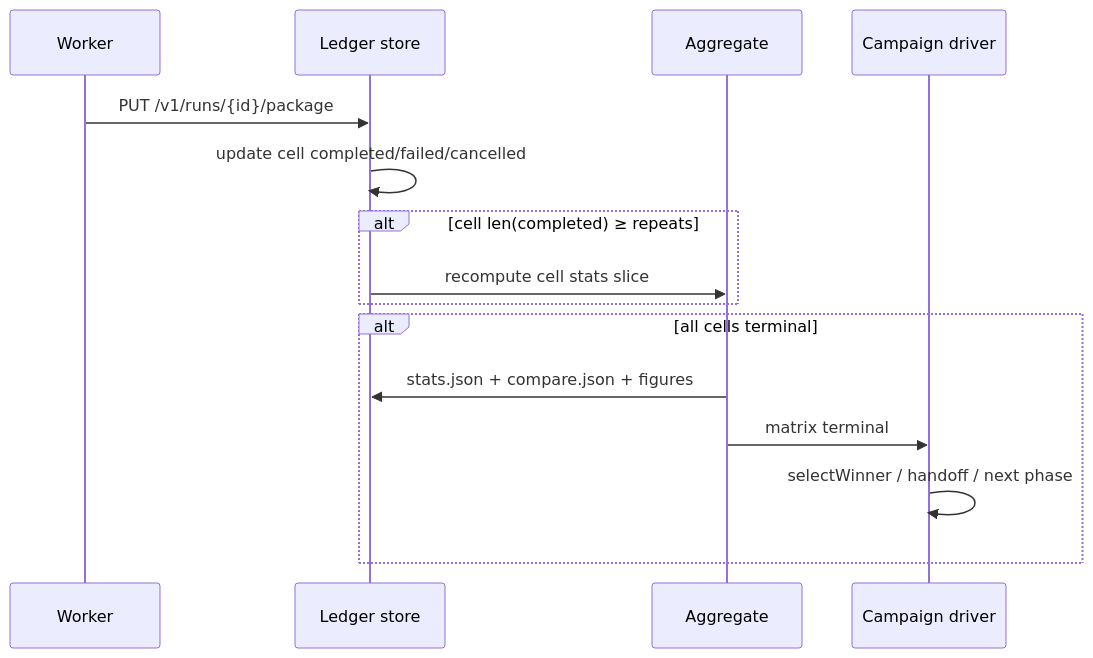
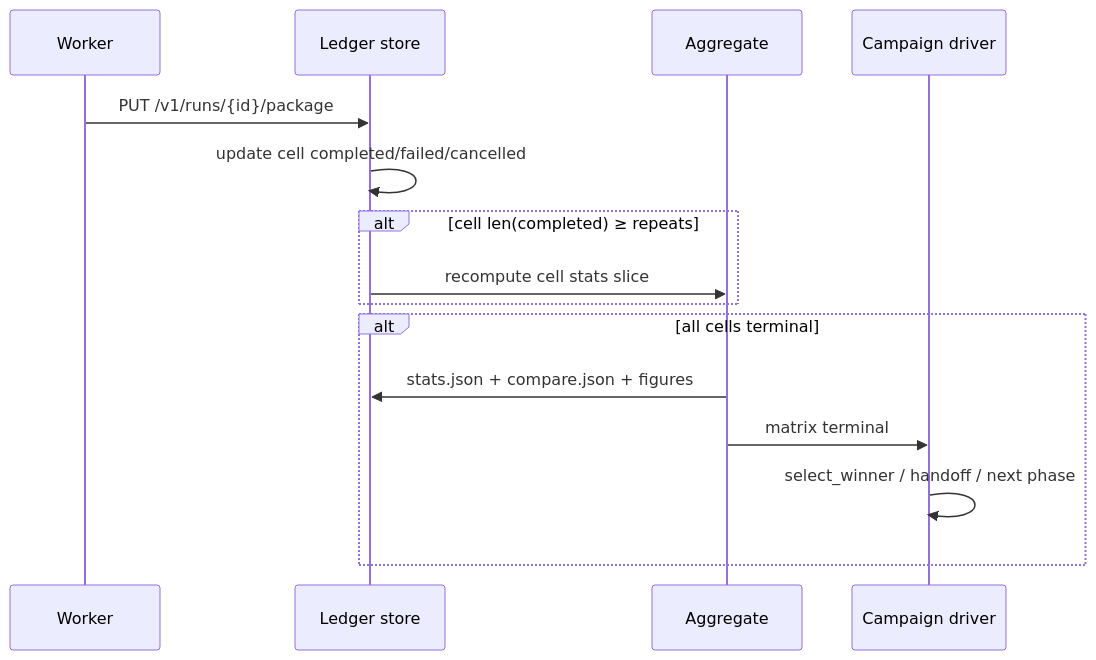
One commit to Dev-DanielR/bench-run changed the third of 3 diagrams in docs/ledger.md. Above: the diagram before and after it, drawn with Mermaid. The commit also changed other lines of this file and 68 other files, not shown here.

````diff
--- a/docs/ledger.md
+++ b/docs/ledger.md
@@ -336,18 +336,18 @@
 ```mermaid
 sequenceDiagram
     participant Worker
     participant Store as Ledger store
     participant Agg as Aggregate
     participant Camp as Campaign driver
 
     Worker->>Store: PUT /v1/runs/{id}/package
     Store->>Store: update cell completed/failed/cancelled
     alt cell len(completed) ≥ repeats
         Store->>Agg: recompute cell stats slice
     end
     alt all cells terminal
         Agg->>Store: stats.json + compare.json + figures
         Agg->>Camp: matrix terminal
-        Camp->>Camp: selectWinner / handoff / next phase
+        Camp->>Camp: select_winner / handoff / next phase
     end
 ```
````
